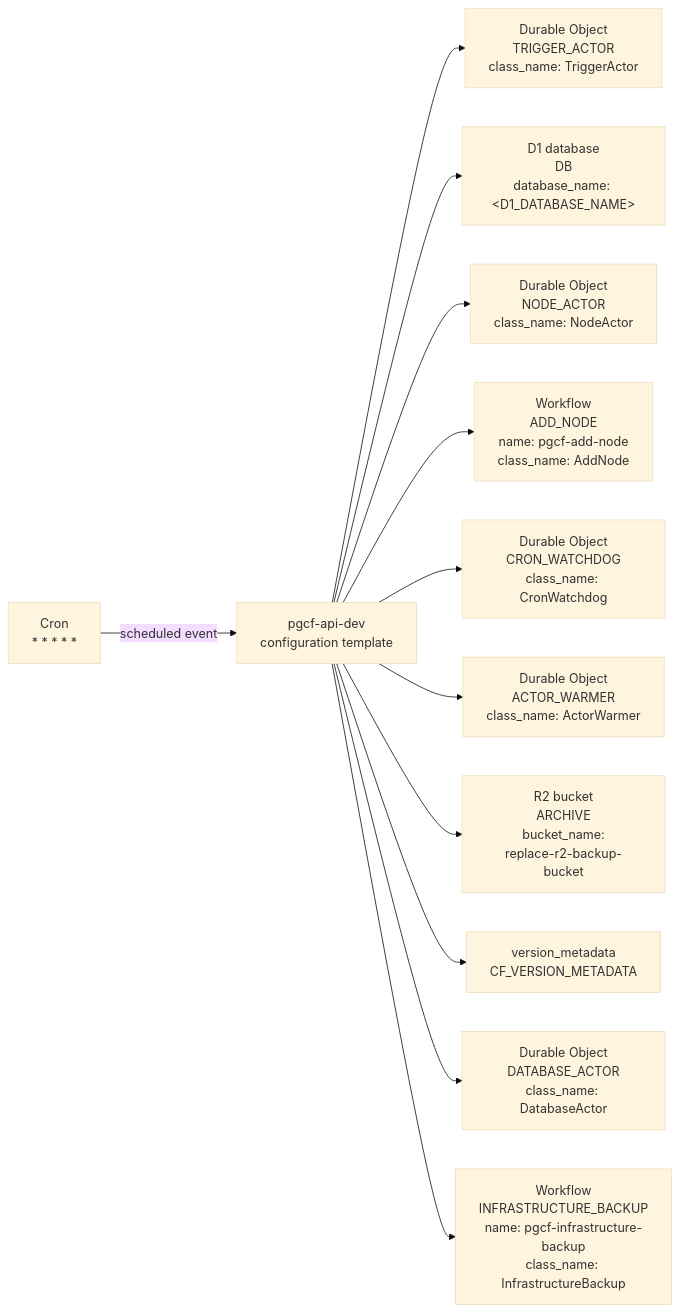
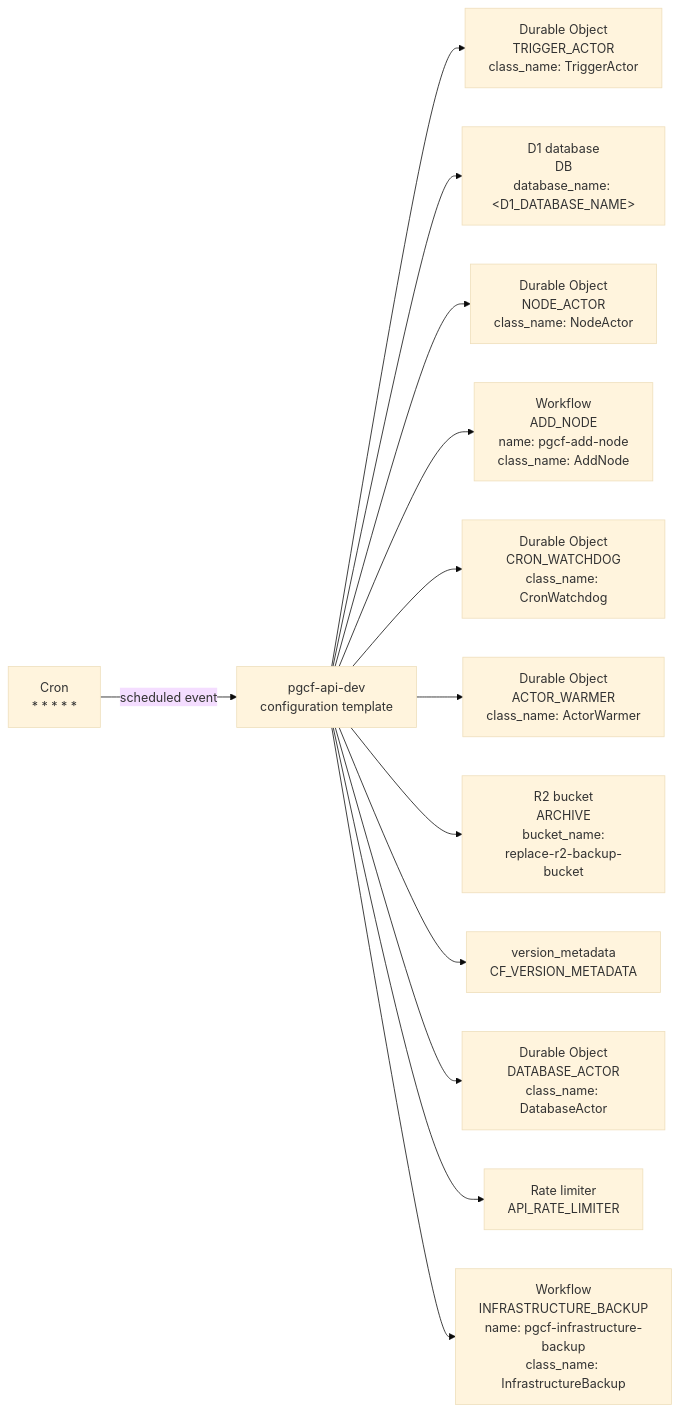
Before and after one commit to amerged-org/cloudflare-postgres: the diagram in docs/architecture/mermaider/api-resources.mmd, drawn with Mermaid (base theme). The commit also changed 7 other files, not shown here.

Commit message:
docs: refresh the generated architecture diagrams

```diff
--- a/docs/architecture/mermaider/api-resources.mmd
+++ b/docs/architecture/mermaider/api-resources.mmd
@@ -1,24 +1,26 @@
 flowchart LR
     n_1d7911e4e1b9["Durable Object<br/>ACTOR_WARMER<br/>class_name: ActorWarmer"]
     n_839713e89618["Cron<br/>* * * * *"]
     n_f305dbc12c79["D1 database<br/>DB<br/>database_name: #60;D1_DATABASE_NAME#62;"]
     n_049ba2d64372["Workflow<br/>ADD_NODE<br/>name: pgcf-add-node<br/>class_name: AddNode"]
     n_36ffcdc5f79f["Workflow<br/>INFRASTRUCTURE_BACKUP<br/>name: pgcf-infrastructure-backup<br/>class_name: InfrastructureBackup"]
     n_85c654928d8c["version_metadata<br/>CF_VERSION_METADATA"]
     n_71083a5197e9["R2 bucket<br/>ARCHIVE<br/>bucket_name:<br/>replace-r2-backup-bucket"]
     n_fb34ec2acd36["Durable Object<br/>TRIGGER_ACTOR<br/>class_name: TriggerActor"]
     n_056b63fe76be["Durable Object<br/>DATABASE_ACTOR<br/>class_name: DatabaseActor"]
     n_d0efe52f1f47["Durable Object<br/>CRON_WATCHDOG<br/>class_name: CronWatchdog"]
     n_7a30182df25a["pgcf-api-dev<br/>configuration template"]
     n_260ca5b8b289["Durable Object<br/>NODE_ACTOR<br/>class_name: NodeActor"]
+    n_fd499fc8add7["Rate limiter<br/>API_RATE_LIMITER"]
     n_7a30182df25a --> n_fb34ec2acd36
     n_7a30182df25a --> n_f305dbc12c79
     n_7a30182df25a --> n_260ca5b8b289
     n_839713e89618 -->|"scheduled event"| n_7a30182df25a
     n_7a30182df25a --> n_049ba2d64372
     n_7a30182df25a --> n_d0efe52f1f47
     n_7a30182df25a --> n_1d7911e4e1b9
     n_7a30182df25a --> n_71083a5197e9
     n_7a30182df25a --> n_85c654928d8c
     n_7a30182df25a --> n_056b63fe76be
+    n_7a30182df25a --> n_fd499fc8add7
     n_7a30182df25a --> n_36ffcdc5f79f
```
